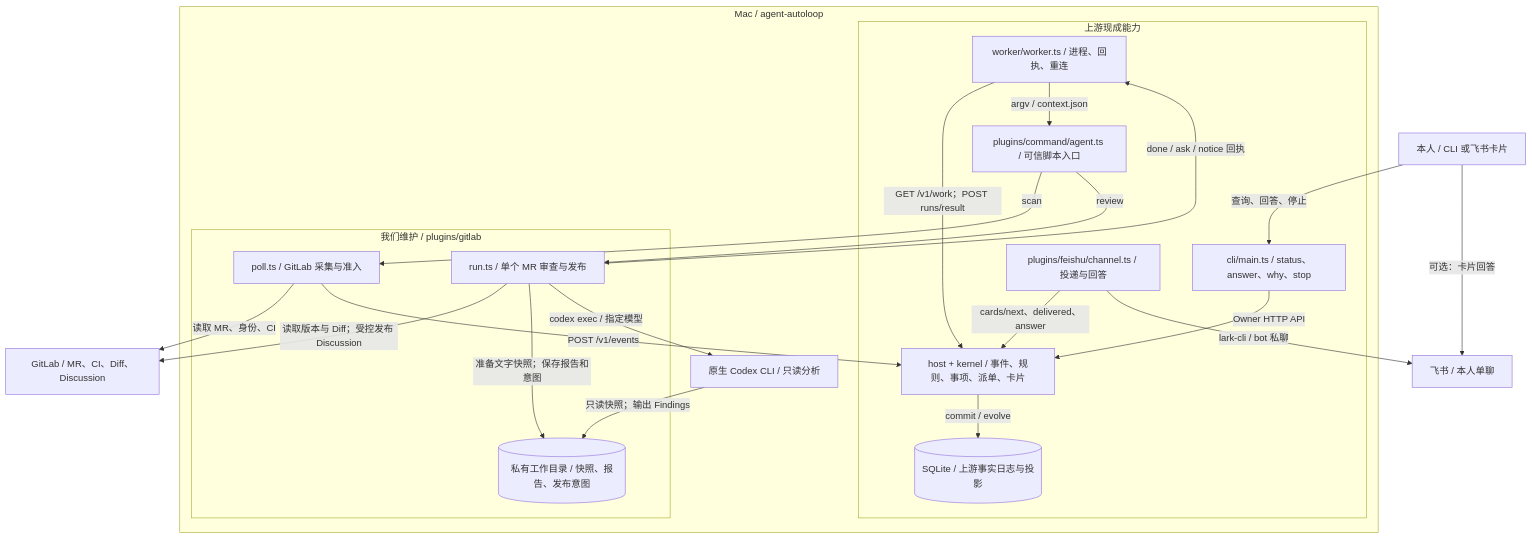
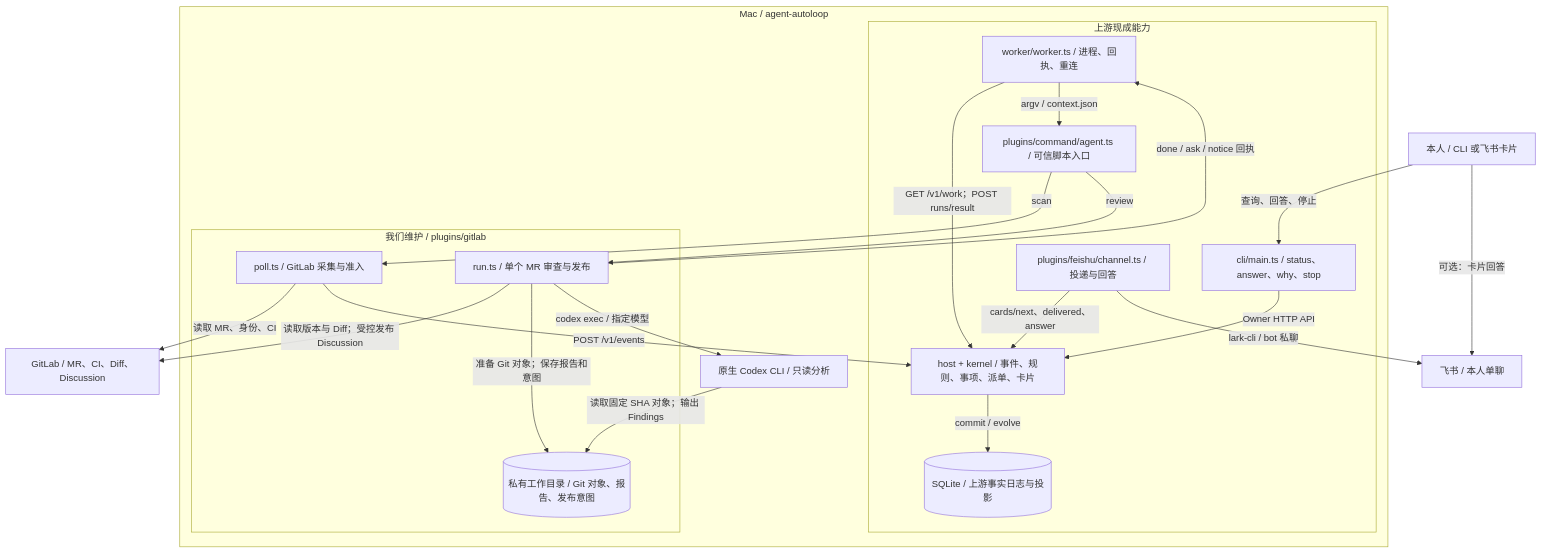
One commit to OOSYOO/agent-autoloop changed the first of 3 diagrams in docs/specs/local_agent_automation.md. Above: the diagram before and after it, drawn with Mermaid. The commit also changed other lines of this file and 27 other files, not shown here.

````diff
--- a/docs/specs/local_agent_automation.md
+++ b/docs/specs/local_agent_automation.md
@@ -30,39 +30,39 @@
 ```mermaid
 flowchart TB
     U["本人 / CLI 或飞书卡片"]
     GL["GitLab / MR、CI、Diff、Discussion"]
     FS["飞书 / 本人单聊"]
     subgraph MAC["Mac / agent-autoloop"]
         subgraph UP["上游现成能力"]
             C["cli/main.ts / status、answer、why、stop"]
             H["host + kernel / 事件、规则、事项、派单、卡片"]
             DB[("SQLite / 上游事实日志与投影")]
             W["worker/worker.ts / 进程、回执、重连"]
             CMD["plugins/command/agent.ts / 可信脚本入口"]
             CH["plugins/feishu/channel.ts / 投递与回答"]
         end
         subgraph EXT["我们维护 / plugins/gitlab"]
             P["poll.ts / GitLab 采集与准入"]
             R["run.ts / 单个 MR 审查与发布"]
-            D[("私有工作目录 / 快照、报告、发布意图")]
+            D[("私有工作目录 / Git 对象、报告、发布意图")]
         end
         X["原生 Codex CLI / 只读分析"]
     end
     U -->|"查询、回答、停止"| C
     C -->|"Owner HTTP API"| H
     W -->|"GET /v1/work；POST runs/result"| H
     H -->|"commit / evolve"| DB
     W -->|"argv / context.json"| CMD
     CMD -->|"scan"| P
     CMD -->|"review"| R
     P -->|"读取 MR、身份、CI"| GL
     P -->|"POST /v1/events"| H
     R -->|"读取版本与 Diff；受控发布 Discussion"| GL
-    R -->|"准备文字快照；保存报告和意图"| D
+    R -->|"准备 Git 对象；保存报告和意图"| D
     R -->|"codex exec / 指定模型"| X
-    X -->|"只读快照；输出 Findings"| D
+    X -->|"读取固定 SHA 对象；输出 Findings"| D
     R -->|"done / ask / notice 回执"| W
     CH -->|"cards/next、delivered、answer"| H
     CH -->|"lark-cli / bot 私聊"| FS
     U -->|"可选：卡片回答"| FS
 ```
````
